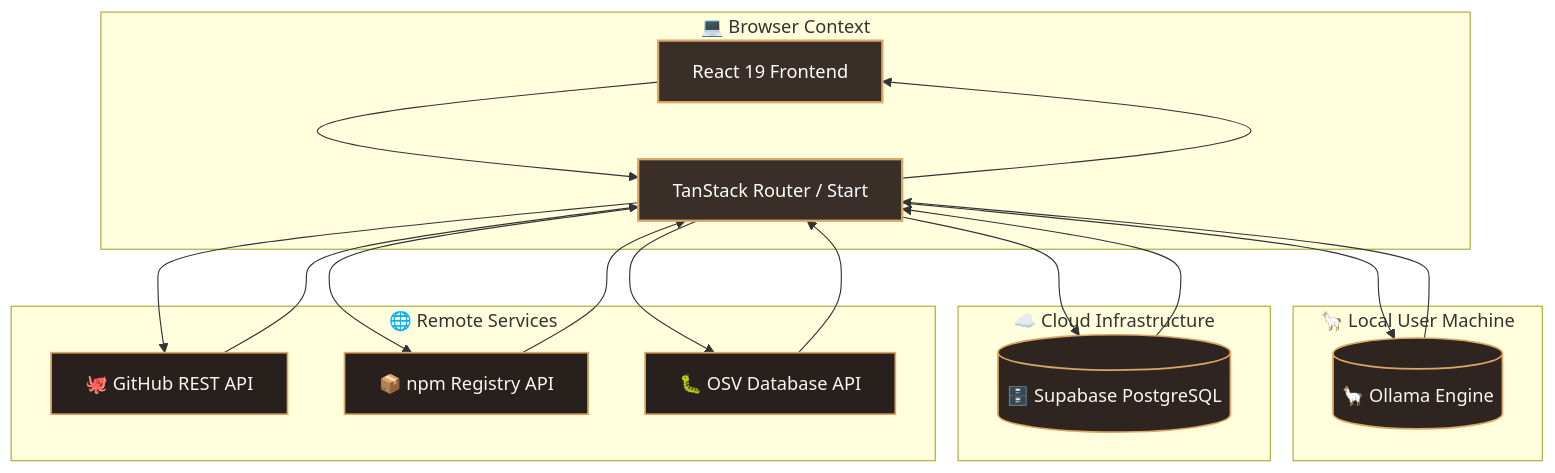
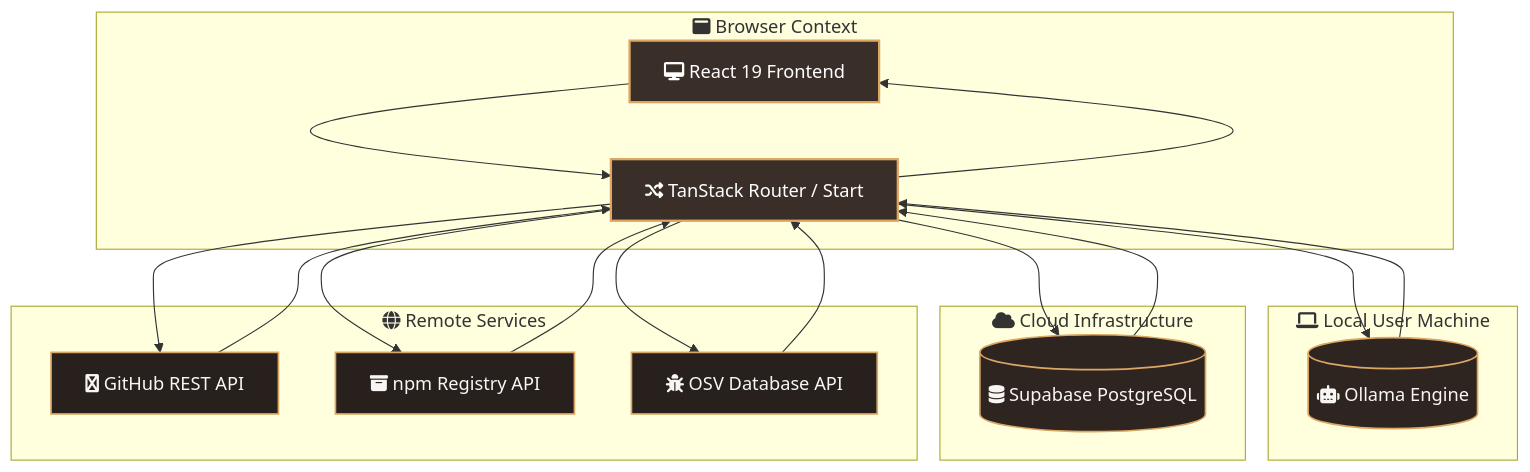
Before and after one commit to ritvikindupuri/Ward---MCP-Auditior: the diagram in README.md, drawn with Mermaid. The commit also changed 1 other file, not shown here.

Commit message:
docs: use native Font Awesome vector icons inside markdown flowchart nodes

````diff
--- a/README.md
+++ b/README.md
@@ -40,40 +40,40 @@
 ```mermaid
 flowchart TD
     %% Define style variables matching cozy dark tan / gold theme
     classDef default fill:#27201c,stroke:#dca664,stroke-width:1.5px,color:#f8f6f5;
     classDef browser fill:#3a2e28,stroke:#dca664,stroke-width:2px,color:#fff;
     classDef engine fill:#1f1916,stroke:#e85d04,stroke-width:2px,color:#fffaeb;
     classDef db fill:#2f2520,stroke:#dca664,stroke-width:1.5px,color:#f8f6f5;
 
-    subgraph BROWSER ["💻 Browser Context"]
-        Client["React 19 Frontend"]:::browser
-        Router["TanStack Router / Start"]:::browser
+    subgraph BROWSER ["fa:fa-window-maximize Browser Context"]
+        Client["fa:fa-desktop React 19 Frontend"]:::browser
+        Router["fa:fa-random TanStack Router / Start"]:::browser
         Client --> Router
         Router --> Client
     end
     
-    subgraph USER_MACHINE ["🦙 Local User Machine"]
-        Ollama[("🦙 Ollama Engine")]:::db
+    subgraph USER_MACHINE ["fa:fa-laptop Local User Machine"]
+        Ollama[("fa:fa-robot Ollama Engine")]:::db
     end
     
-    subgraph CLOUD ["☁️ Cloud Infrastructure"]
-        DB[("🗄️ Supabase PostgreSQL")]:::db
+    subgraph CLOUD ["fa:fa-cloud Cloud Infrastructure"]
+        DB[("fa:fa-database Supabase PostgreSQL")]:::db
     end
     
-    subgraph SERVICES ["🌐 Remote Services"]
-        GitHub["🐙 GitHub REST API"]:::default
-        NPM["📦 npm Registry API"]:::default
-        OSV["🐛 OSV Database API"]:::default
+    subgraph SERVICES ["fa:fa-globe Remote Services"]
+        GitHub["fa:fa-github GitHub REST API"]:::default
+        NPM["fa:fa-archive npm Registry API"]:::default
+        OSV["fa:fa-bug OSV Database API"]:::default
     end
     
     Router --> DB
     DB --> Router
     Router --> GitHub
     GitHub --> Router
     Router --> Ollama
     Ollama --> Router
     Router --> NPM
     NPM --> Router
     Router --> OSV
     OSV --> Router
 ```
````
